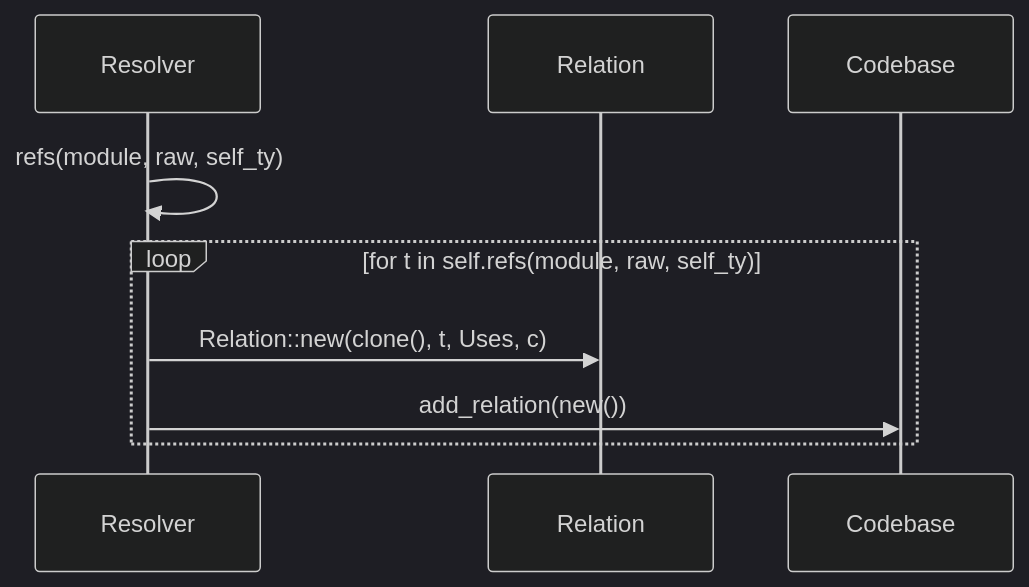
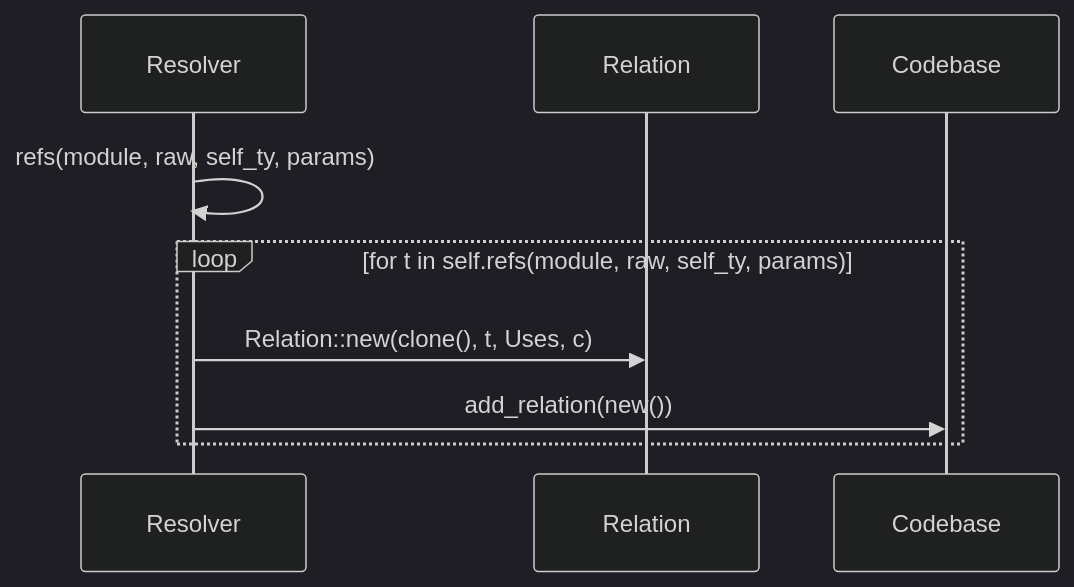
One commit to DreamLab-AI/codemaid changed diagram 18 of 25 in docs/sealmap/crates/sealmap-rust/src/resolve.rs.md. Above: the diagram before and after it, drawn with Mermaid (dark theme). The commit also changed other lines of this file and 8 other files, not shown here.

First line of the commit message:
fix(sealmap-rust): resolve generic parameters from declared scope, not name shape

````diff
--- a/docs/sealmap/crates/sealmap-rust/src/resolve.rs.md
+++ b/docs/sealmap/crates/sealmap-rust/src/resolve.rs.md
@@ -474,11 +541,11 @@
 ```mermaid
 sequenceDiagram
   participant sealmap_rust__resolve___tResolver as Resolver
   participant sealmap_model__symbol___tRelation as Relation
   participant sealmap_model__codebase___tCodebase as Codebase
-  sealmap_rust__resolve___tResolver->>sealmap_rust__resolve___tResolver: refs(module, raw, self_ty)
-  loop for t in self.refs(module, raw, self_ty)
+  sealmap_rust__resolve___tResolver->>sealmap_rust__resolve___tResolver: refs(module, raw, self_ty, params)
+  loop for t in self.refs(module, raw, self_ty, params)
     sealmap_rust__resolve___tResolver->>sealmap_model__symbol___tRelation: Relation::new(clone(), t, Uses, c)
     sealmap_rust__resolve___tResolver->>sealmap_model__codebase___tCodebase: add_relation(new())
   end
 ```
````
